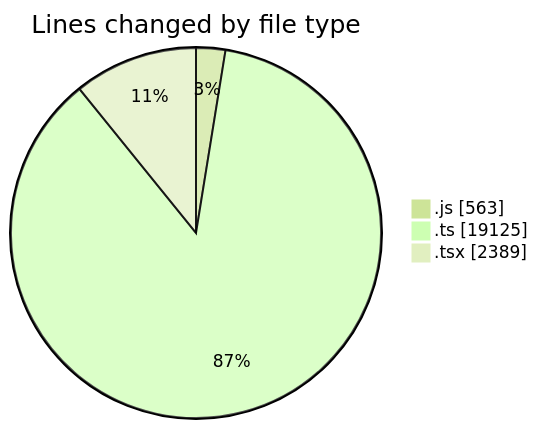
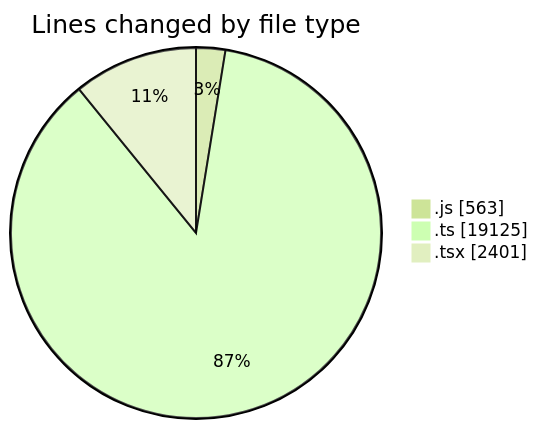
The first of 2 diagrams in 2025-11-14/cda/README.md (momahboobian/code-tracking), drawn with Mermaid (forest theme) before and after one commit. The commit also changed other lines of this file and 1 other file, not shown here.

````diff
--- a/2025-11-14/cda/README.md
+++ b/2025-11-14/cda/README.md
@@ -41,7 +41,7 @@
 ```mermaid
 pie showData
 title Lines changed by file type
 ".js" : 563
 ".ts" : 19125
-".tsx" : 2389
+".tsx" : 2401
 ```
````
